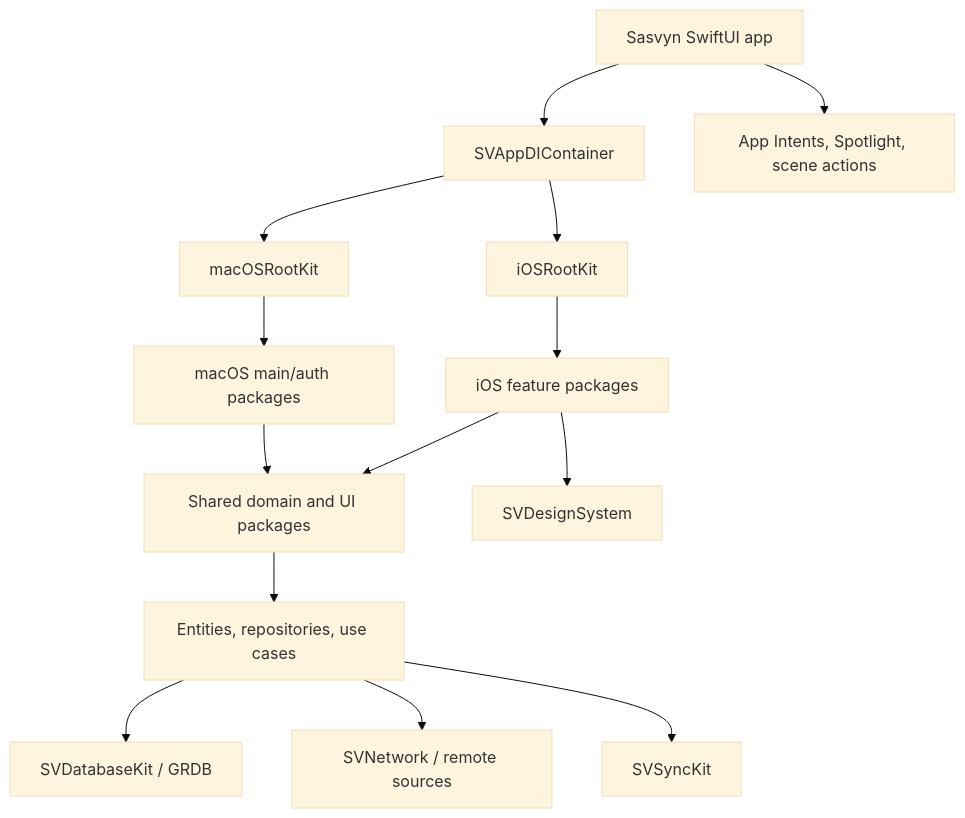
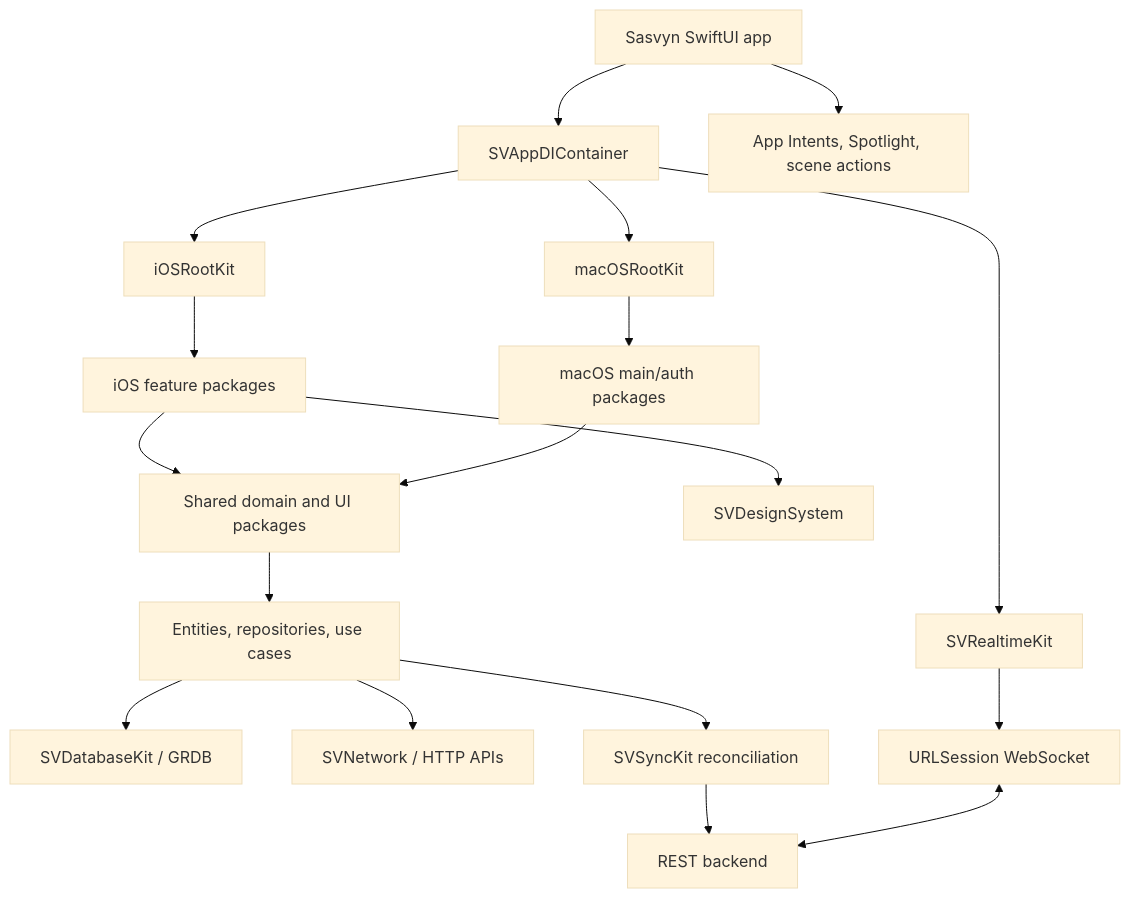
Before and after one commit to thakur-vijay/sasvyn: the diagram in README.md, drawn with Mermaid (base theme). The commit also changed other lines of this file, not shown here.

Commit message:
docs: update README for clarity on project status, synchronization, and realtime features

````diff
--- a/README.md
+++ b/README.md
@@ -73,16 +94,20 @@
 ```mermaid
 flowchart TD
     App["Sasvyn SwiftUI app"] --> AppDI["SVAppDIContainer"]
     AppDI --> IOSRoot["iOSRootKit"]
     AppDI --> MacRoot["macOSRootKit"]
+    AppDI --> Realtime["SVRealtimeKit"]
     IOSRoot --> IOSFeatures["iOS feature packages"]
     MacRoot --> MacFeatures["macOS main/auth packages"]
     IOSFeatures --> Shared["Shared domain and UI packages"]
     MacFeatures --> Shared
     Shared --> Domain["Entities, repositories, use cases"]
     Domain --> Storage["SVDatabaseKit / GRDB"]
-    Domain --> Network["SVNetwork / remote sources"]
-    Domain --> Sync["SVSyncKit"]
+    Domain --> Network["SVNetwork / HTTP APIs"]
+    Domain --> Sync["SVSyncKit reconciliation"]
+    Sync --> API["REST backend"]
+    Realtime --> Socket["URLSession WebSocket"]
+    Socket <--> API
     IOSFeatures --> Design["SVDesignSystem"]
     App --> System["App Intents, Spotlight, scene actions"]
 ```
````
